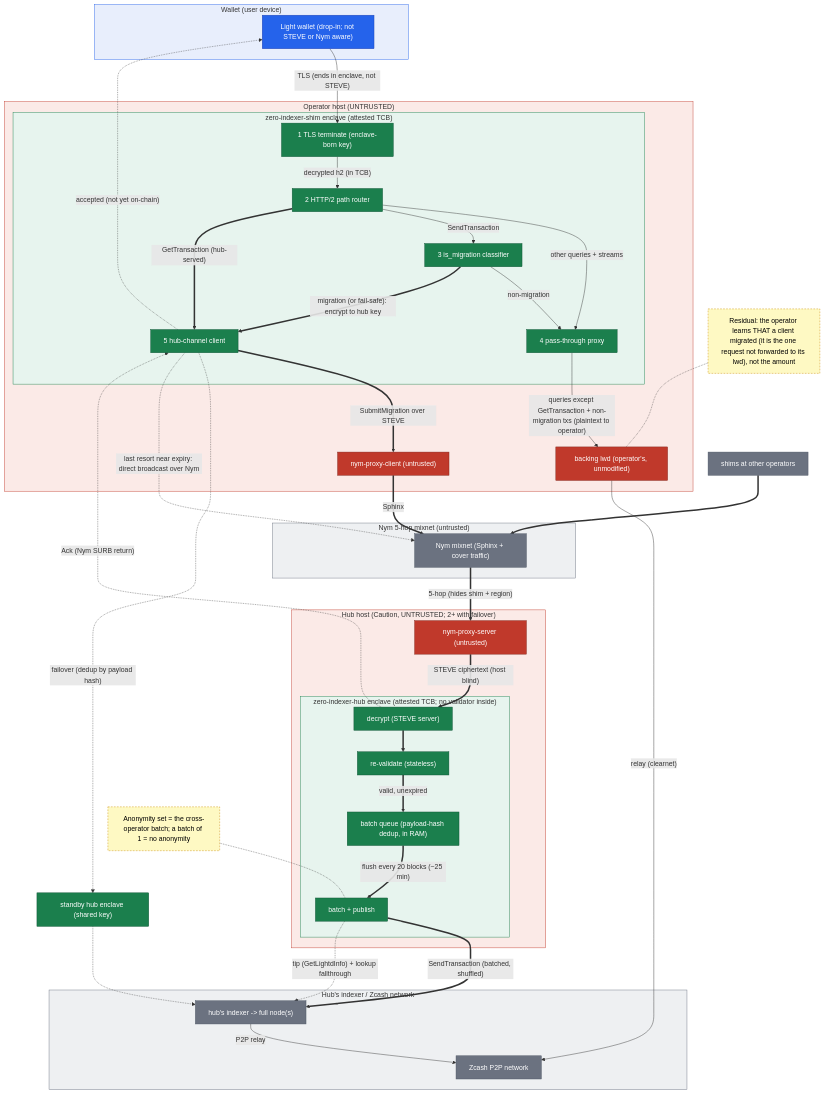
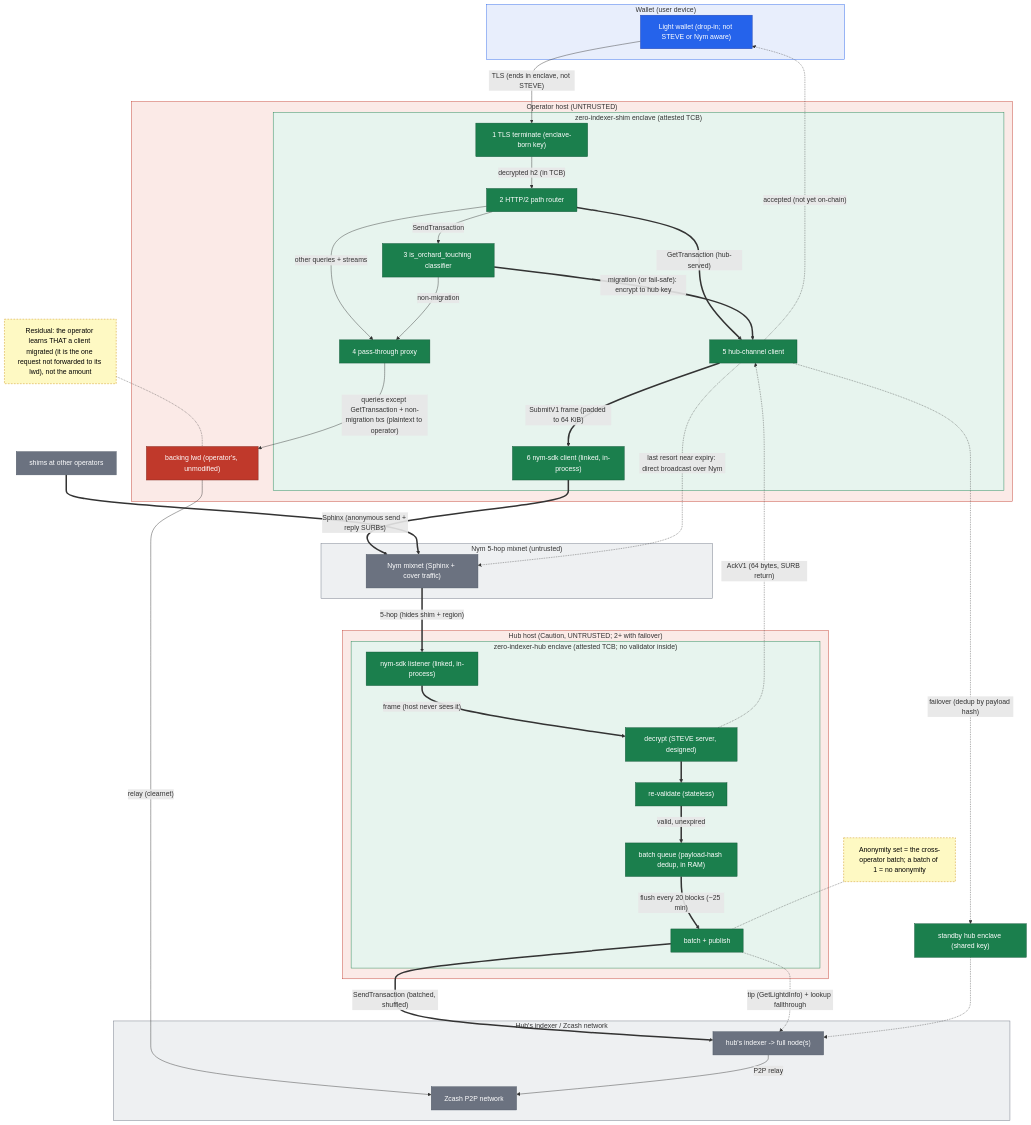
Before and after one commit to ShieldedLabs/zero: the first of 2 diagrams in zeronym/book/src/architecture.md, drawn with Mermaid. The commit also changed other lines of this file and 7 other files, not shown here.

```diff
--- a/zeronym/book/src/architecture.md
+++ b/zeronym/book/src/architecture.md
@@ -40,12 +40,12 @@
     subgraph SHIM["zero-indexer-shim enclave  (attested TCB)"]
       STLS["1 TLS terminate (enclave-born key)"]
       SROUTE["2 HTTP/2 path router"]
-      SCLASS["3 is_migration classifier"]
+      SCLASS["3 is_orchard_touching classifier"]
       SPROXY["4 pass-through proxy"]
       SHUB["5 hub-channel client"]
+      SNYM["6 nym-sdk client (linked, in-process)"]
     end
     LWD["backing lwd (operator's, unmodified)"]
-    NYMC["nym-proxy-client (untrusted)"]
   end
 
   OTHER["shims at other operators"]
@@ -55,9 +55,9 @@
   end
 
   subgraph HH["Hub host  (Caution, UNTRUSTED; 2+ with failover)"]
-    NYMS["nym-proxy-server (untrusted)"]
     subgraph HUBENC["zero-indexer-hub enclave  (attested TCB; no validator inside)"]
-      HDEC["decrypt (STEVE server)"]
+      HNYM["nym-sdk listener (linked, in-process)"]
+      HDEC["decrypt (STEVE server, designed)"]
       HVAL["re-validate (stateless)"]
       HQ["batch queue (payload-hash dedup, in RAM)"]
       HFLUSH["batch + publish"]
@@ -87,18 +87,18 @@
   %% migration path (thick): encrypted end to end, bypasses the lwd
   SCLASS ==>|"migration (or fail-safe): encrypt to hub key"| SHUB
   SHUB -.->|"accepted (not yet on-chain)"| W
-  SHUB ==>|"SubmitMigration over STEVE"| NYMC
-  NYMC ==>|"Sphinx"| NYM
+  SHUB ==>|"SubmitV1 frame (padded to 64 KiB)"| SNYM
+  SNYM ==>|"Sphinx (anonymous send + reply SURBs)"| NYM
   OTHER ==> NYM
-  NYM ==>|"5-hop (hides shim + region)"| NYMS
-  NYMS ==>|"STEVE ciphertext (host blind)"| HDEC
+  NYM ==>|"5-hop (hides shim + region)"| HNYM
+  HNYM ==>|"frame (host never sees it)"| HDEC
   HDEC ==> HVAL
   HVAL ==>|"valid, unexpired"| HQ
   HQ ==>|"flush every 20 blocks (~25 min)"| HFLUSH
   HFLUSH ==>|"SendTransaction (batched, shuffled)"| FN
   FN -->|"P2P relay"| ZNET
   HFLUSH -.->|"tip (GetLightdInfo) + lookup fallthrough"| FN
-  HDEC -.->|"Ack (Nym SURB return)"| SHUB
+  HDEC -.->|"AckV1 (64 bytes, SURB return)"| SHUB
   SHUB -.->|"failover (dedup by payload hash)"| HUB2
   SHUB -.->|"last resort near expiry: direct broadcast over Nym"| NYM
   HUB2 -.-> FN
@@ -111,8 +111,8 @@
   classDef external fill:#6b7280,color:#fff,stroke:#4b5563;
   classDef client fill:#2563eb,color:#fff,stroke:#1e40af;
   classDef note fill:#fef9c3,color:#000,stroke:#ca8a04,stroke-dasharray:4 3;
-  class STLS,SROUTE,SCLASS,SPROXY,SHUB,HDEC,HVAL,HQ,HFLUSH,HUB2 enclave;
-  class LWD,NYMC,NYMS untrusted;
+  class STLS,SROUTE,SCLASS,SPROXY,SHUB,SNYM,HNYM,HDEC,HVAL,HQ,HFLUSH,HUB2 enclave;
+  class LWD untrusted;
   class NYM,FN,ZNET,OTHER external;
   class W client;
   class NOTE_OP,NOTE_BATCH note;
```
